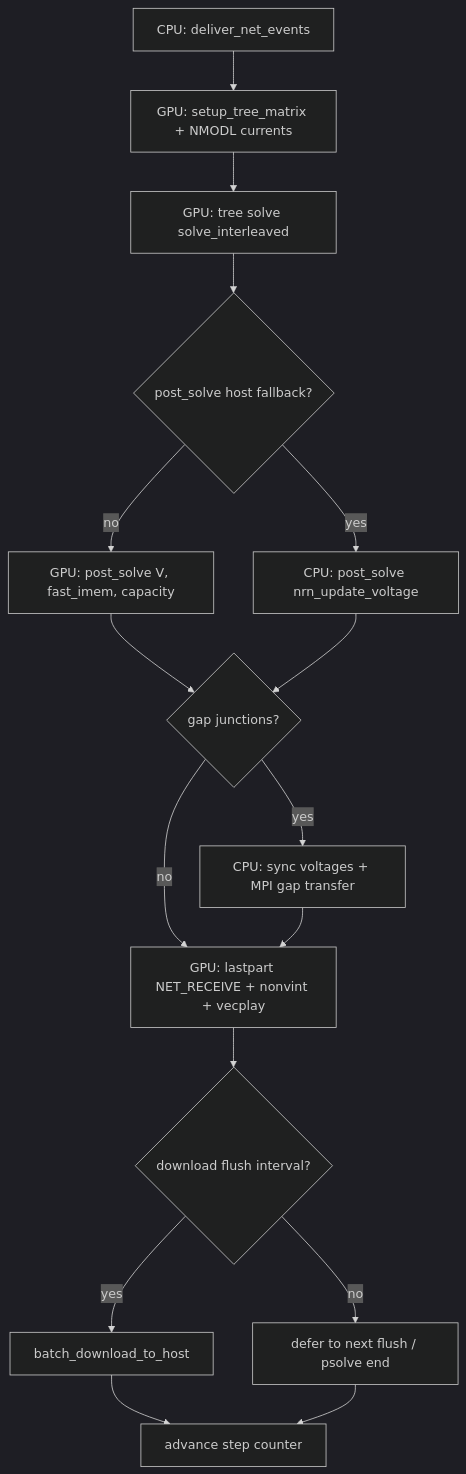
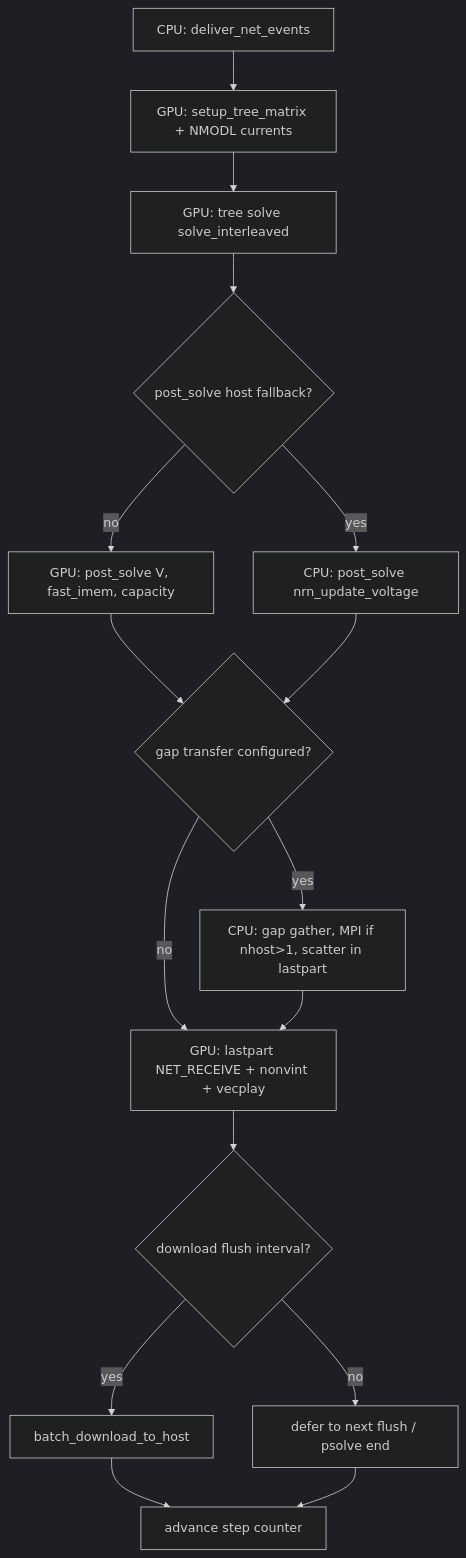
One commit to neuronsimulator/nrn changed the diagram in docs/dev/native-gpu-fixed-step.rst. Above: the diagram before and after it, drawn with Mermaid (dark theme). The commit also changed other lines of this file and 1 other file, not shown here.

First line of the commit message:
Clarify native GPU diagram preconditions and gap transfer phases

```diff
--- a/docs/dev/native-gpu-fixed-step.rst
+++ b/docs/dev/native-gpu-fixed-step.rst
@@ -173,18 +176,18 @@
 .. mermaid::
 
    flowchart TD
      A[CPU: deliver_net_events] --> B[GPU: setup_tree_matrix + NMODL currents]
      B --> C[GPU: tree solve solve_interleaved]
      C --> D{post_solve host fallback?}
      D -->|no| E[GPU: post_solve V, fast_imem, capacity]
      D -->|yes| F[CPU: post_solve nrn_update_voltage]
-     E --> G{gap junctions?}
+     E --> G{gap transfer configured?}
      F --> G
-     G -->|yes| H[CPU: sync voltages + MPI gap transfer]
+     G -->|yes| H[CPU: gap gather, MPI if nhost>1, scatter in lastpart]
      G -->|no| I[GPU: lastpart NET_RECEIVE + nonvint + vecplay]
      H --> I
      I --> J{download flush interval?}
      J -->|yes| K[batch_download_to_host]
      J -->|no| L[defer to next flush / psolve end]
      K --> M[advance step counter]
      L --> M
```
